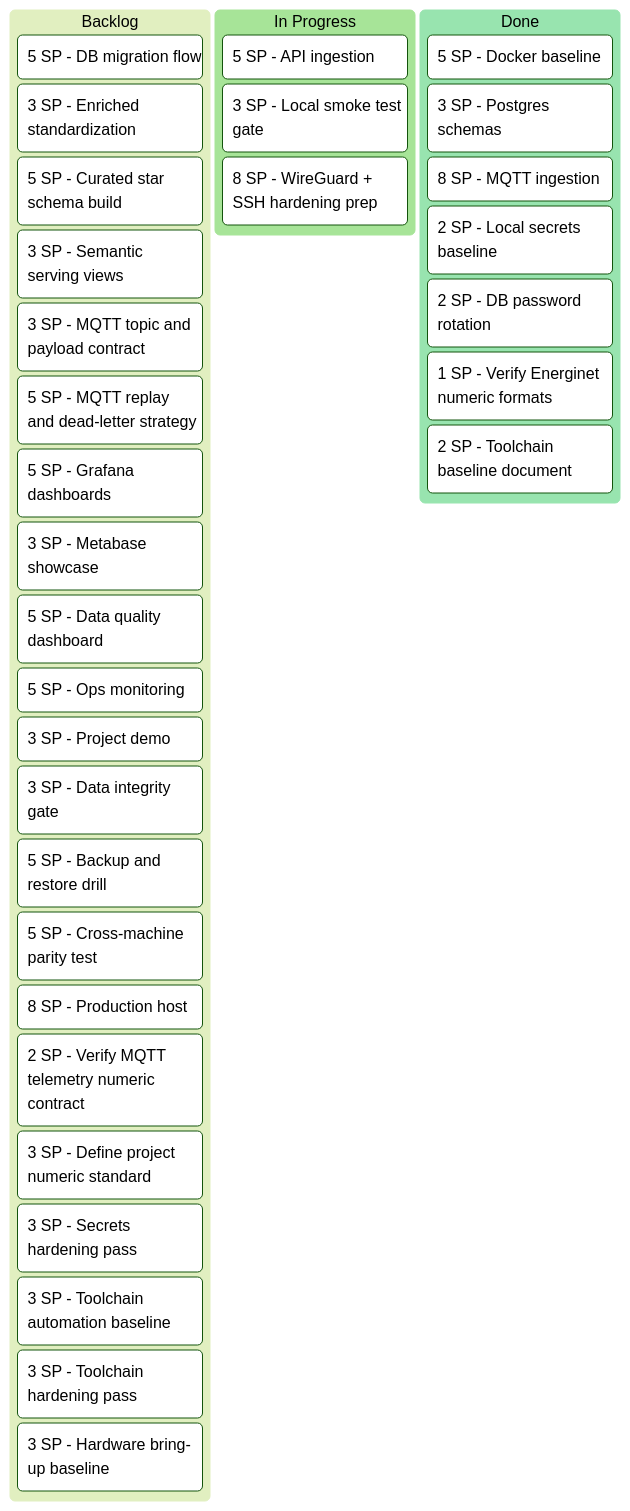
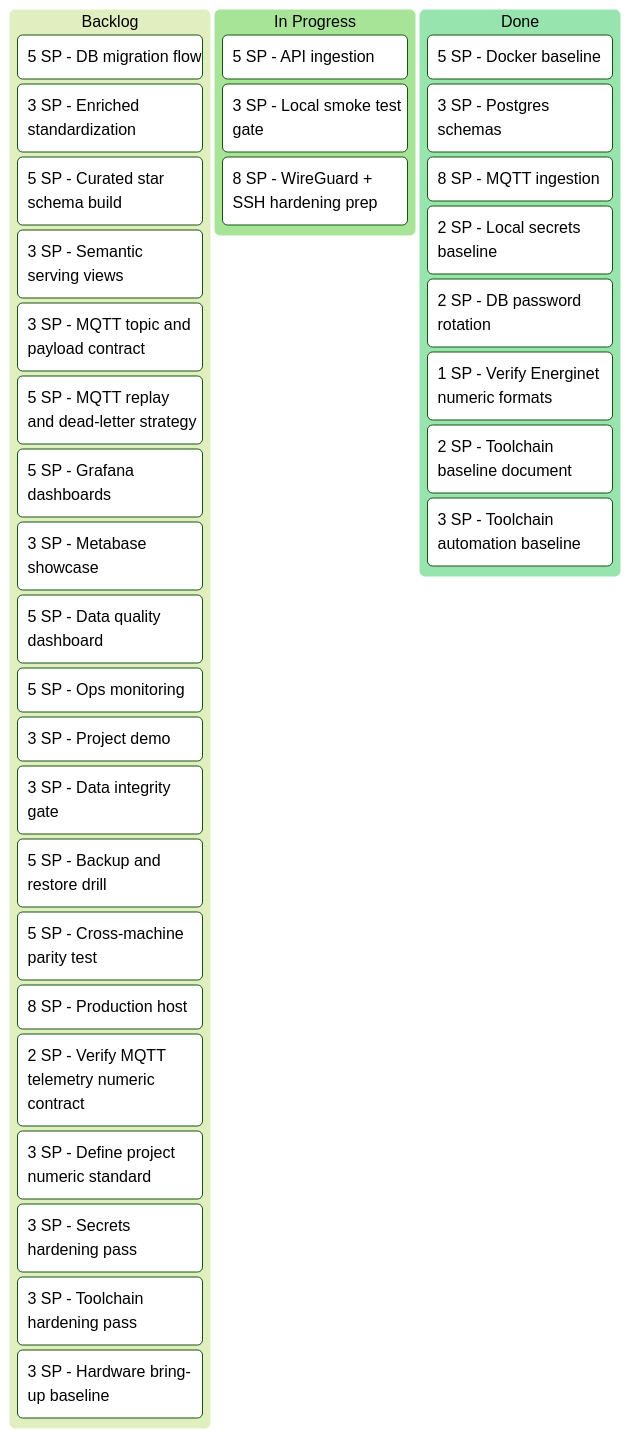
Before and after one commit to EnTekLasse/commons-anchor: the diagram in docs/architecture/diagrams/project-kanban.mmd, drawn with Mermaid (forest theme). The commit also changed other lines of this file and 9 other files, not shown here.

First line of the commit message:
feat(T2): add local quality gate and Mermaid compile automation

```diff
--- a/docs/architecture/diagrams/project-kanban.mmd
+++ b/docs/architecture/diagrams/project-kanban.mmd
@@ -1,66 +1,66 @@
 %% AUTO-GENERATED FROM docs/architecture/diagram-model.json
 kanban
   Backlog
     [5 SP - DB migration flow]
 
     [3 SP - Enriched standardization]
 
     [5 SP - Curated star schema build]
 
     [3 SP - Semantic serving views]
 
     [3 SP - MQTT topic and payload contract]
 
     [5 SP - MQTT replay and dead-letter strategy]
 
     [5 SP - Grafana dashboards]
 
     [3 SP - Metabase showcase]
 
     [5 SP - Data quality dashboard]
 
     [5 SP - Ops monitoring]
 
     [3 SP - Project demo]
 
     [3 SP - Data integrity gate]
 
     [5 SP - Backup and restore drill]
 
     [5 SP - Cross-machine parity test]
 
     [8 SP - Production host]
 
     [2 SP - Verify MQTT telemetry numeric contract]
 
     [3 SP - Define project numeric standard]
 
     [3 SP - Secrets hardening pass]
 
-    [3 SP - Toolchain automation baseline]
-
     [3 SP - Toolchain hardening pass]
 
     [3 SP - Hardware bring-up baseline]
 
   [In Progress]
     [5 SP - API ingestion]
 
     [3 SP - Local smoke test gate]
 
     [8 SP - WireGuard + SSH hardening prep]
 
   Done
     [5 SP - Docker baseline]
 
     [3 SP - Postgres schemas]
 
     [8 SP - MQTT ingestion]
 
     [2 SP - Local secrets baseline]
 
     [2 SP - DB password rotation]
 
     [1 SP - Verify Energinet numeric formats]
 
     [2 SP - Toolchain baseline document]
+
+    [3 SP - Toolchain automation baseline]
```
